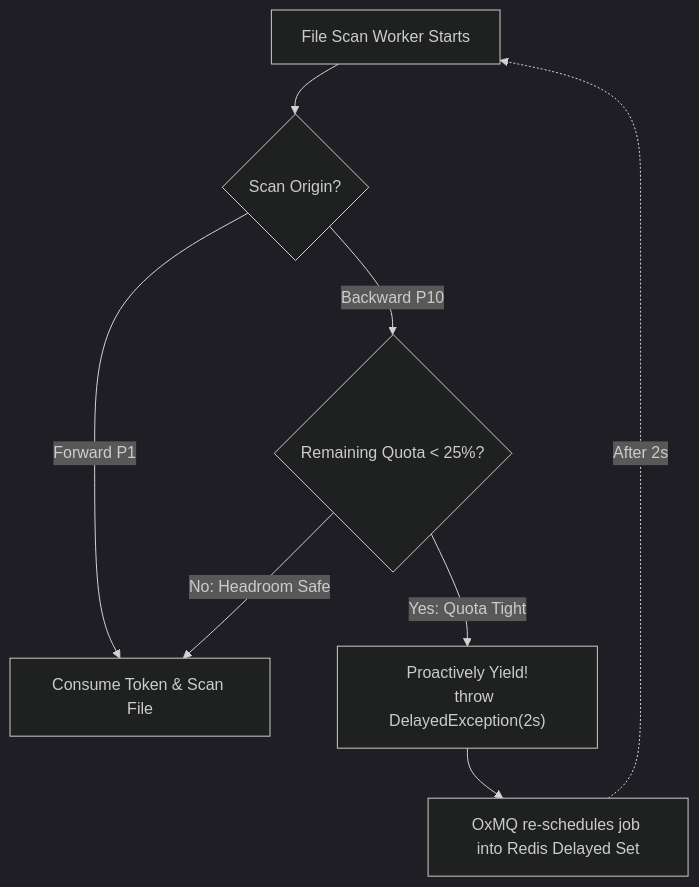
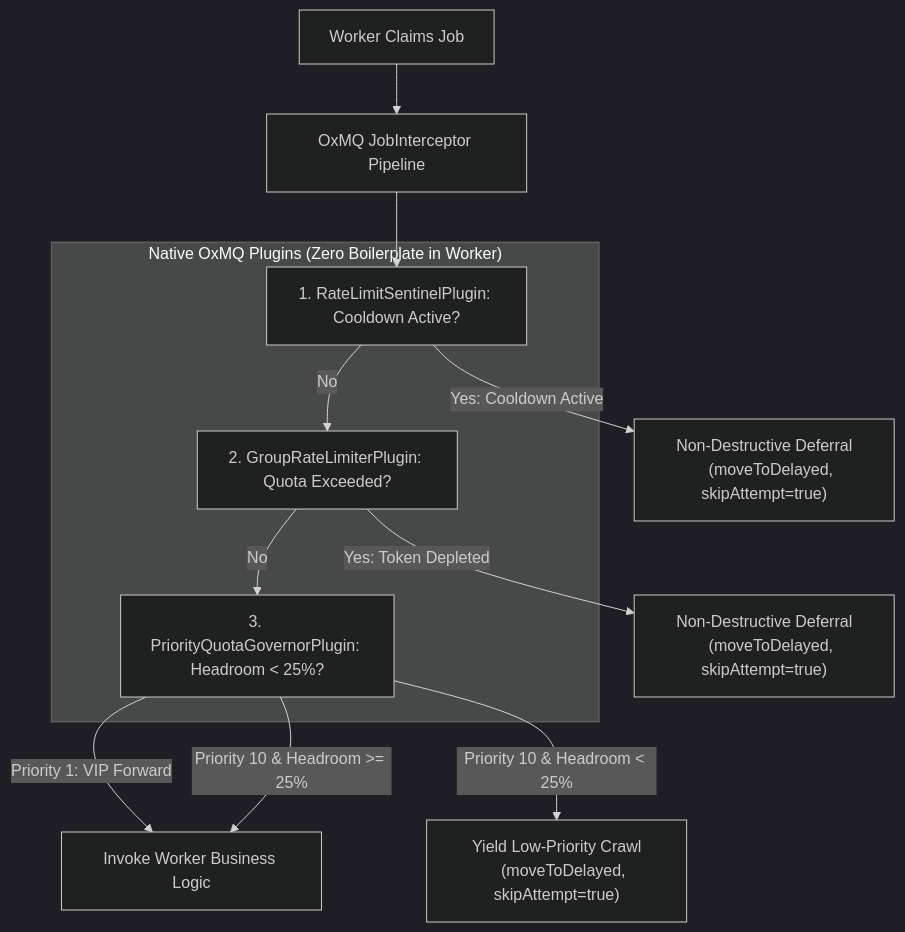
One commit to gaurav10610/oxmq changed the first of 2 diagrams in oxmq-examples/oxguard-365/docs/RATE_LIMITING_AND_RELIABILITY.md. Above: the diagram before and after it, drawn with Mermaid (dark theme). The commit also changed other lines of this file and 40 other files, not shown here.

Commit message:
feat(oxmq): native interceptor plugins & multi-tenant quota telemetry with grafana dashboard

````diff
--- a/oxmq-examples/oxguard-365/docs/RATE_LIMITING_AND_RELIABILITY.md
+++ b/oxmq-examples/oxguard-365/docs/RATE_LIMITING_AND_RELIABILITY.md
@@ -43,14 +43,24 @@
 ```mermaid
 flowchart TD
-    Req[File Scan Worker Starts] --> CheckHeadroom{Scan Origin?}
+    Req[Worker Claims Job] --> Interceptor[OxMQ JobInterceptor Pipeline]
     
-    CheckHeadroom -->|Forward P1| Pass[Consume Token & Scan File]
-    CheckHeadroom -->|Backward P10| HeadroomCheck{Remaining Quota < 25%?}
+    subgraph OxMQ_Native_Plugins["Native OxMQ Plugins (Zero Boilerplate in Worker)"]
+        Sentinel["1. RateLimitSentinelPlugin: Cooldown Active?"]
+        Limiter["2. GroupRateLimiterPlugin: Quota Exceeded?"]
+        Governor["3. PriorityQuotaGovernorPlugin: Headroom < 25%?"]
+    end
     
-    HeadroomCheck -->|Yes: Quota Tight| Yield["Proactively Yield!
-    throw DelayedException(2s)"]
-    HeadroomCheck -->|No: Headroom Safe| Pass
+    Interceptor --> Sentinel
+    Sentinel -->|Yes: Cooldown Active| Delay1["Non-Destructive Deferral
+    (moveToDelayed, skipAttempt=true)"]
+    Sentinel -->|No| Limiter
     
-    Yield --> RedisDelayed[OxMQ re-schedules job into Redis Delayed Set]
-    RedisDelayed -.->|After 2s| Req
+    Limiter -->|Yes: Token Depleted| Delay2["Non-Destructive Deferral
+    (moveToDelayed, skipAttempt=true)"]
+    Limiter -->|No| Governor
+    
+    Governor -->|Priority 1: VIP Forward| Pass[Invoke Worker Business Logic]
+    Governor -->|Priority 10 & Headroom < 25%| Yield["Yield Low-Priority Crawl
+    (moveToDelayed, skipAttempt=true)"]
+    Governor -->|Priority 10 & Headroom >= 25%| Pass
 ```
````
